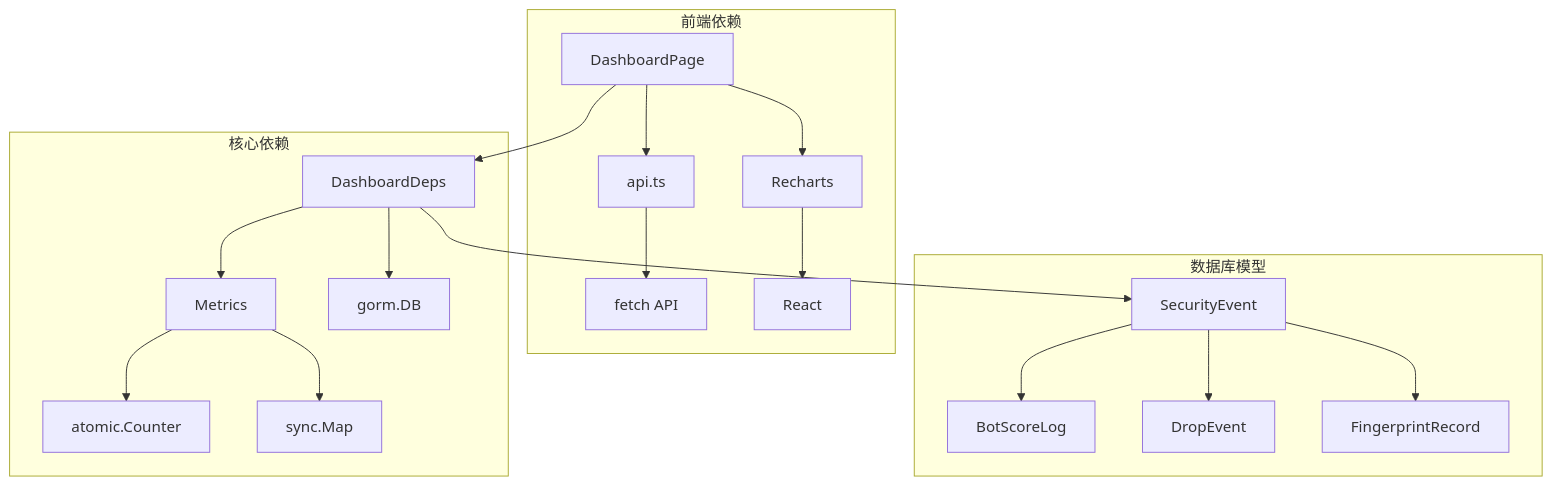
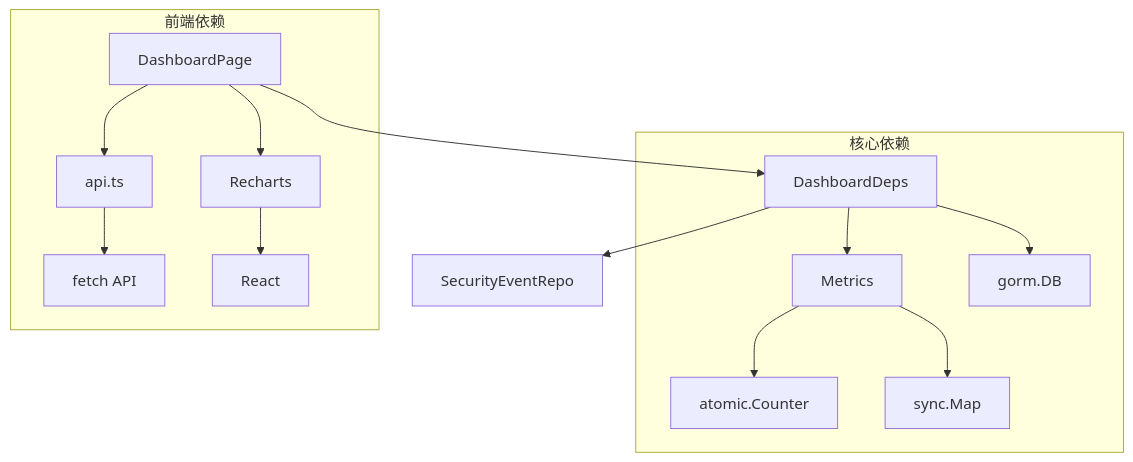
The sixth of 9 diagrams in docs/管理 API 系统/仪表板 API.md (x01n/My-OpenWaf), drawn with Mermaid before and after one commit. The commit also changed other lines of this file and 199 other files, not shown here.

````diff
--- a/docs/管理 API 系统/仪表板 API.md
+++ b/docs/管理 API 系统/仪表板 API.md
@@ -430,22 +351,17 @@
 ```mermaid
 graph TB
 subgraph "核心依赖"
 A[DashboardDeps] --> B[Metrics]
 A --> C[gorm.DB]
 B --> D[atomic.Counter]
 B --> E[sync.Map]
 end
 subgraph "前端依赖"
 F[DashboardPage] --> G[api.ts]
 G --> H[fetch API]
 F --> I[Recharts]
 I --> J[React]
 end
-subgraph "数据库模型"
-K[SecurityEvent] --> L[BotScoreLog]
-K --> M[DropEvent]
-K --> N[FingerprintRecord]
-end
-A --> K
+A --> K[SecurityEventRepo]
 F --> A
 ```
````
